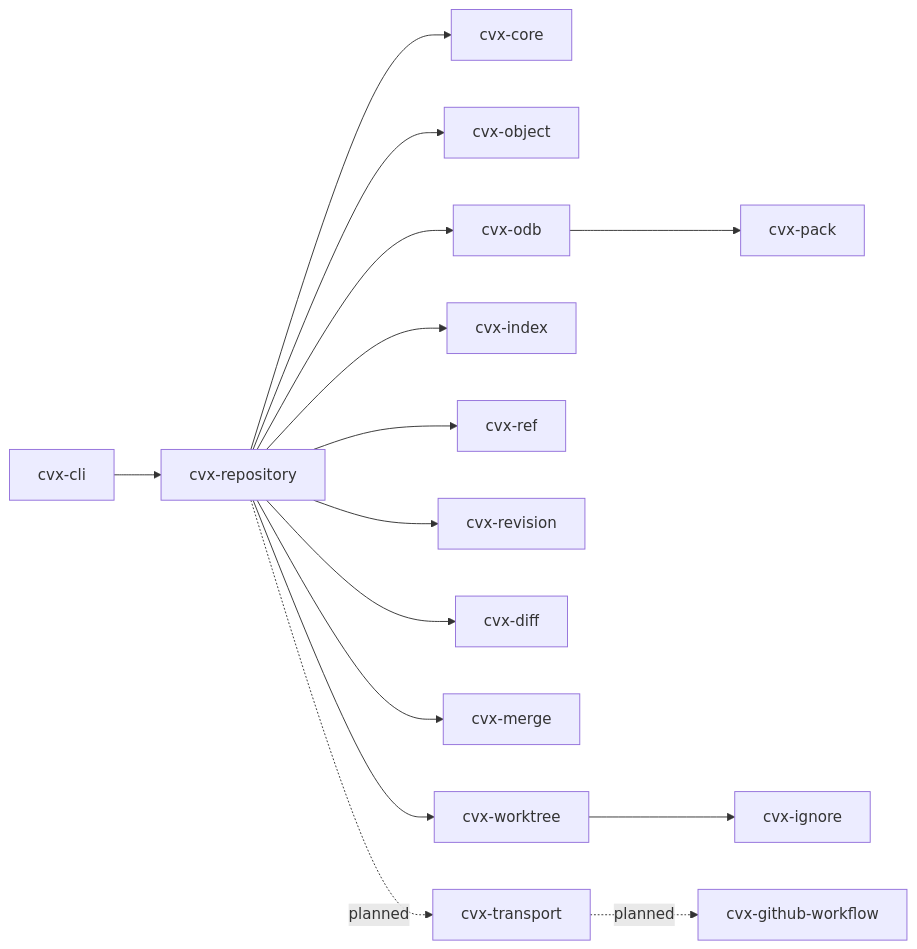
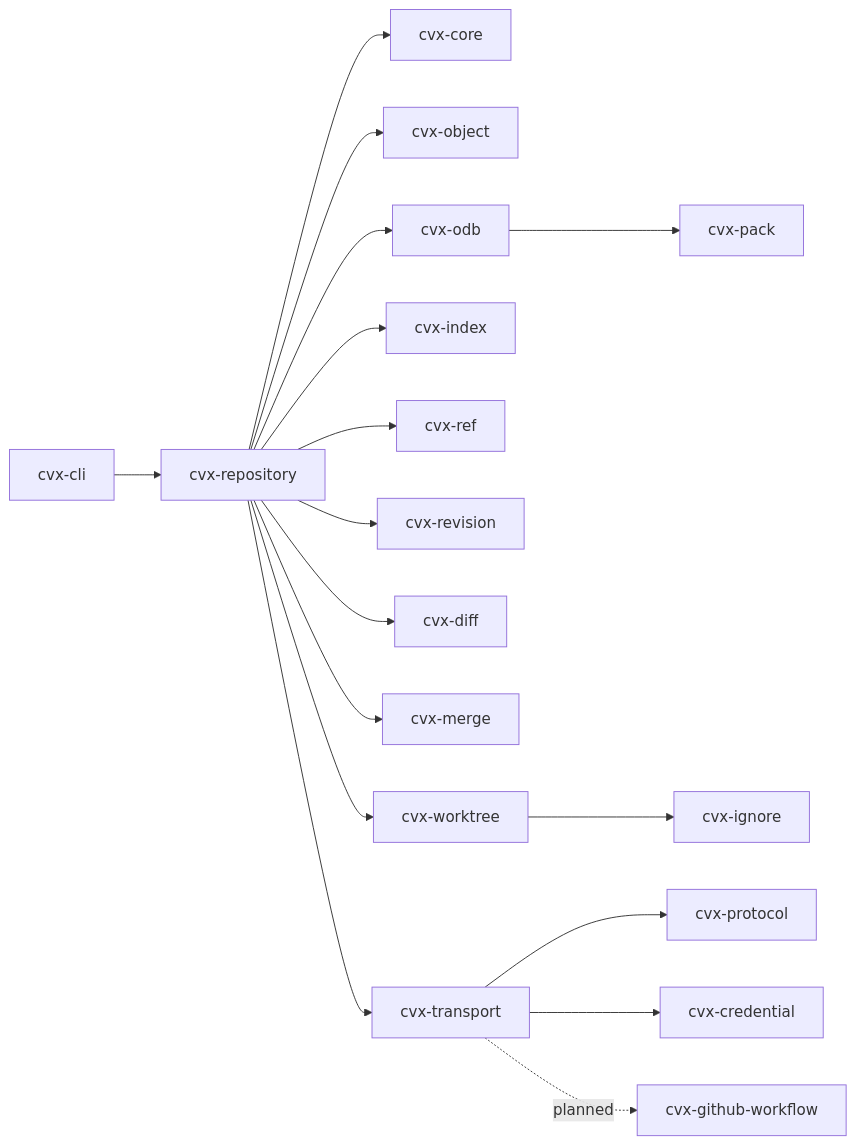
One commit to marcosgabrielgomes110-collab/cvx changed the diagram in README.md. Above: the diagram before and after it, drawn with Mermaid. The commit also changed other lines of this file and 25 other files, not shown here.

````diff
--- a/README.md
+++ b/README.md
@@ -85,17 +98,19 @@
 ```mermaid
 flowchart LR
     CLI["cvx-cli"] --> Repo["cvx-repository"]
     Repo --> Core["cvx-core"]
     Repo --> Object["cvx-object"]
     Repo --> ODB["cvx-odb"]
     Repo --> Index["cvx-index"]
     Repo --> Refs["cvx-ref"]
     Repo --> Revision["cvx-revision"]
     Repo --> Diff["cvx-diff"]
     Repo --> Merge["cvx-merge"]
     Repo --> Worktree["cvx-worktree"]
     ODB --> Pack["cvx-pack"]
     Worktree --> Ignore["cvx-ignore"]
-    Repo -. planned .-> Transport["cvx-transport"]
+    Repo --> Transport["cvx-transport"]
+    Transport --> Protocol["cvx-protocol"]
+    Transport --> Credential["cvx-credential"]
     Transport -. planned .-> GitHub["cvx-github-workflow"]
 ```
````
